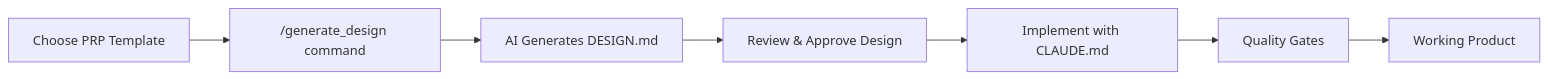
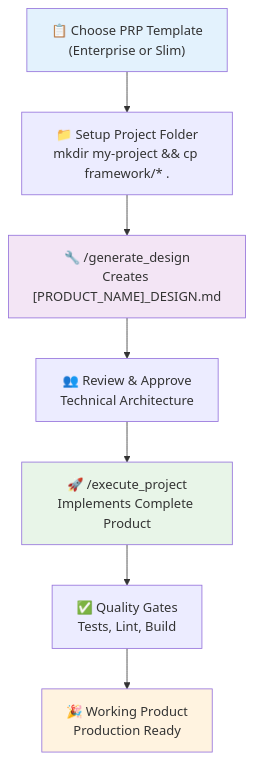
Before and after one commit to MikeQin/context-engineering: the diagram in README.md, drawn with Mermaid. The commit also changed other lines of this file, not shown here.

Commit message:
Inticial commit

````diff
--- a/README.md
+++ b/README.md
@@ -173,9 +176,14 @@
 ```mermaid
-graph LR
-    A[Choose PRP Template] --> B["/generate_design command"]
-    B --> C[AI Generates DESIGN.md]
-    C --> D[Review & Approve Design]
-    D --> E[Implement with CLAUDE.md]
-    E --> F[Quality Gates]
-    F --> G[Working Product]
+graph TD
+    A["📋 Choose PRP Template<br/>(Enterprise or Slim)"] --> B["📁 Setup Project Folder<br/>mkdir my-project && cp framework/* ."]
+    B --> C["🔧 /generate_design<br/>Creates [PRODUCT_NAME]_DESIGN.md"]
+    C --> D["👥 Review & Approve<br/>Technical Architecture"]
+    D --> E["🚀 /execute_project<br/>Implements Complete Product"]
+    E --> F["✅ Quality Gates<br/>Tests, Lint, Build"]
+    F --> G["🎉 Working Product<br/>Production Ready"]
+    
+    style A fill:#e3f2fd
+    style C fill:#f3e5f5
+    style E fill:#e8f5e8
+    style G fill:#fff3e0
 ```
````
